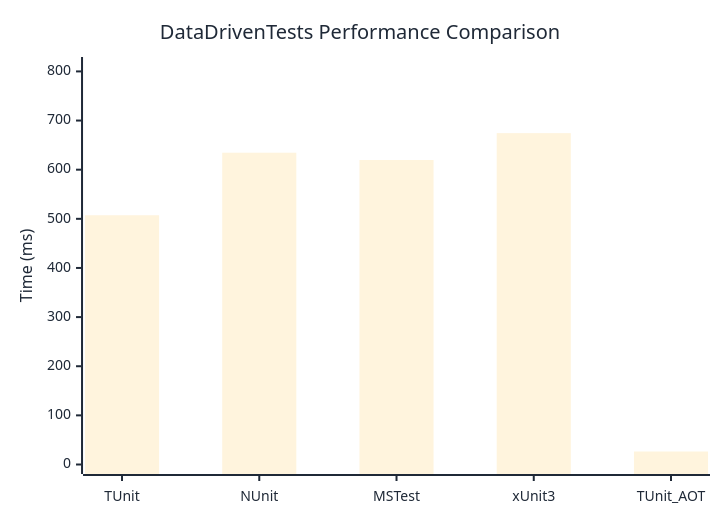
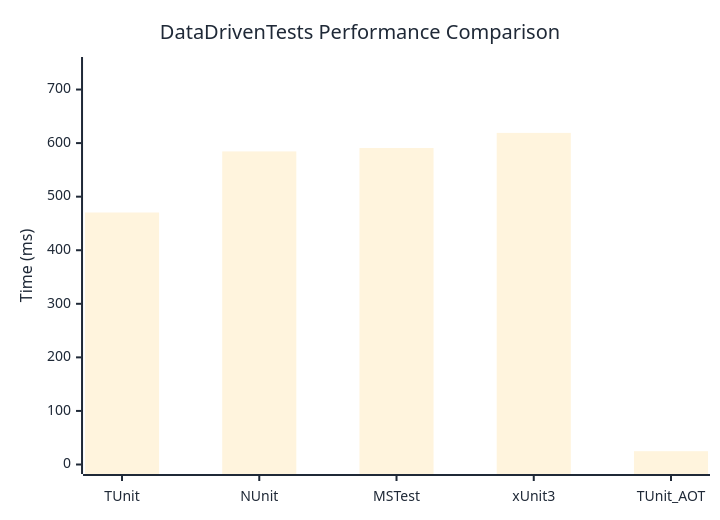
One commit to thomhurst/TUnit changed the diagram in docs/docs/benchmarks/DataDrivenTests.md. Above: the diagram before and after it, drawn with Mermaid. The commit also changed other lines of this file and 17 other files, not shown here.

````diff
--- a/docs/docs/benchmarks/DataDrivenTests.md
+++ b/docs/docs/benchmarks/DataDrivenTests.md
@@ -27,37 +27,37 @@
 ```mermaid
 %%{init: {
   'theme':'base',
   'themeVariables': {
     'primaryColor': '#2563eb',
     'primaryTextColor': '#1f2937',
     'primaryBorderColor': '#1e40af',
     'lineColor': '#6b7280',
     'secondaryColor': '#7c3aed',
     'tertiaryColor': '#dc2626',
     'background': '#ffffff',
     'mainBkg': '#2563eb',
     'secondBkg': '#7c3aed',
     'tertiaryBkg': '#dc2626',
     'clusterBkg': '#f3f4f6',
     'edgeLabelBackground': '#ffffff',
     'tertiaryTextColor': '#1f2937',
     'pie1': '#2563eb',
     'pie2': '#7c3aed',
     'pie3': '#dc2626',
     'pie4': '#f59e0b',
     'pie5': '#10b981',
     'pie6': '#06b6d4',
     'pie7': '#ec4899',
     'pie8': '#6366f1',
     'pie9': '#84cc16',
     'pie10': '#f97316',
     'pie11': '#14b8a6',
     'pie12': '#a855f7'
   }
 }}%%
 xychart-beta
   title "DataDrivenTests Performance Comparison"
   x-axis ["TUnit", "NUnit", "MSTest", "xUnit3", "TUnit_AOT"]
-  y-axis "Time (ms)" 0 --> 810
-  bar [507.29, 634.58, 619.72, 674.37, 26.45]
+  y-axis "Time (ms)" 0 --> 743
+  bar [470.44, 584.48, 590.85, 619.06, 24.84]
 ```
````
